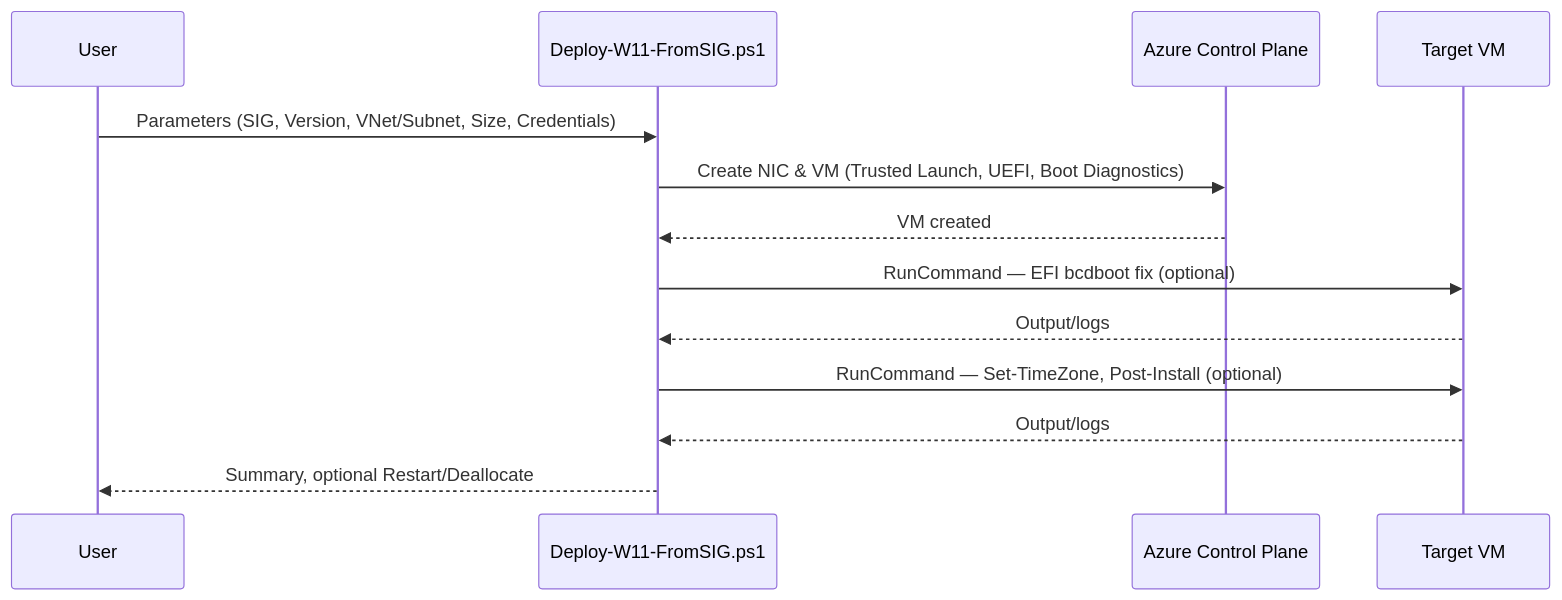
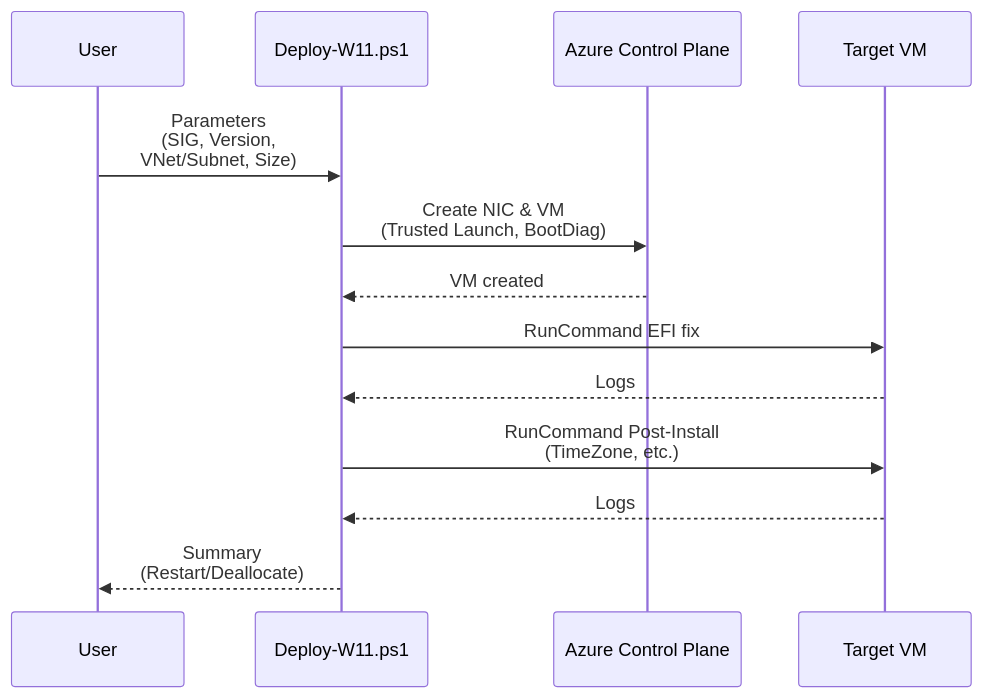
Before and after one commit to JoergBrors/AVD: the second of 2 diagrams in VM/readme.md, drawn with Mermaid. The commit also changed other lines of this file, not shown here.

Commit message:
change diagramms

````diff
--- a/VM/readme.md
+++ b/VM/readme.md
@@ -161,15 +163,16 @@
 ```mermaid
 sequenceDiagram
-  participant User
-  participant Script as Deploy-W11-FromSIG.ps1
-  participant Azure as Azure Control Plane
-  participant VM as Target VM
-  User->>Script: Parameters (SIG, Version, VNet/Subnet, Size, Credentials)
-  Script->>Azure: Create NIC & VM (Trusted Launch, UEFI, Boot Diagnostics)
-  Azure-->>Script: VM created
-  Script->>VM: RunCommand — EFI bcdboot fix (optional)
-  VM-->>Script: Output/logs
-  Script->>VM: RunCommand — Set-TimeZone, Post-Install (optional)
-  VM-->>Script: Output/logs
-  Script-->>User: Summary, optional Restart/Deallocate
+  participant U as User
+  participant S as Deploy-W11.ps1
+  participant A as Azure Control Plane
+  participant V as Target VM
+
+  U->>S: Parameters<br/>(SIG, Version,<br/>VNet/Subnet, Size)
+  S->>A: Create NIC & VM<br/>(Trusted Launch, BootDiag)
+  A-->>S: VM created
+  S->>V: RunCommand EFI fix
+  V-->>S: Logs
+  S->>V: RunCommand Post-Install<br/>(TimeZone, etc.)
+  V-->>S: Logs
+  S-->>U: Summary<br/>(Restart/Deallocate)
 ```
````
